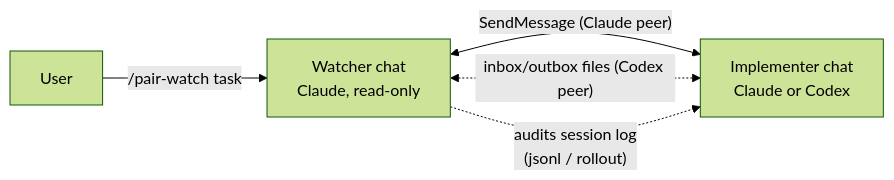
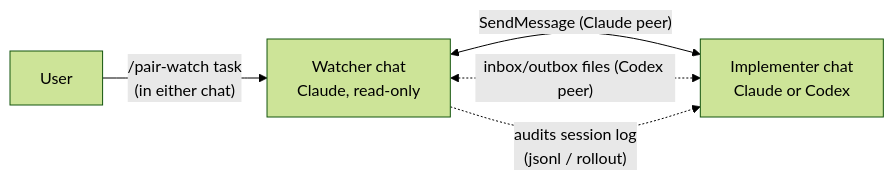
The diagram in README.ja.md (inakaegg/pair-watch), drawn with Mermaid (forest theme) before and after one commit. The commit also changed other lines of this file and 1 other file, not shown here.

First line of the commit message:
docs: disclose what the skill writes and how to pair with a Codex chat

````diff
--- a/README.ja.md
+++ b/README.ja.md
@@ -7,7 +7,7 @@
 ```mermaid
 flowchart LR
-    U[User] -- "/pair-watch task" --> W[Watcher chat<br/>Claude, read-only]
+    U[User] -- "/pair-watch task<br/>(in either chat)" --> W[Watcher chat<br/>Claude, read-only]
     W <-- "SendMessage (Claude peer)" --> I[Implementer chat<br/>Claude or Codex]
     W <-. "inbox/outbox files (Codex peer)" .-> I
     W -. "audits session log<br/>(jsonl / rollout)" .-> I
 ```
````
